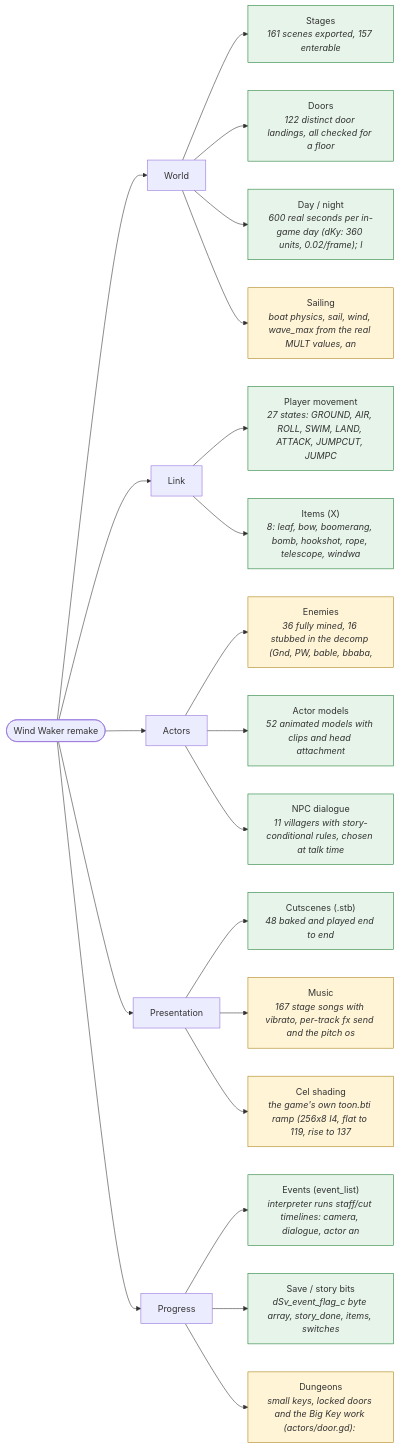
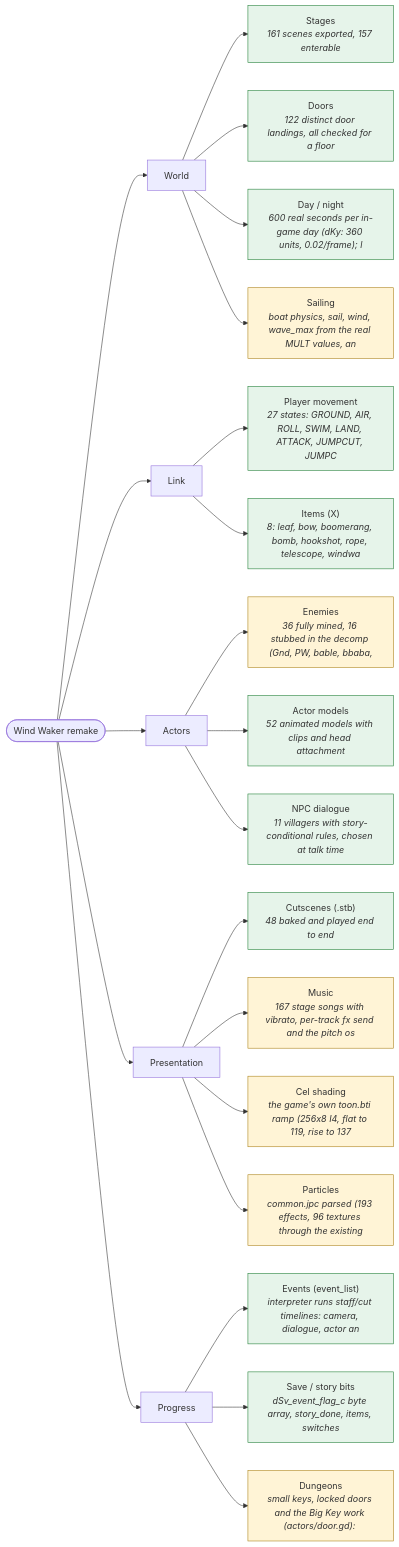
One commit to Felbs/3d-ripper-9000 changed the first of 2 diagrams in docs/game_map.md. Above: the diagram before and after it, drawn with Mermaid. The commit also changed other lines of this file and 6 other files, not shown here.

````diff
--- a/docs/game_map.md
+++ b/docs/game_map.md
@@ -12,42 +12,44 @@
 ```mermaid
 flowchart LR
     classDef ok fill:#e6f4ea,stroke:#1e7d34;
     classDef partial fill:#fff4d6,stroke:#a97f13;
     classDef missing fill:#fde7e7,stroke:#a51b1b;
     GAME(["Wind Waker remake"])
     GAME --> G0["World"]
     G0 --> G0_0["Stages<br/><i>161 scenes exported, 157 enterable</i>"]
     class G0_0 ok;
     G0 --> G0_1["Doors<br/><i>122 distinct door landings, all checked for a floor</i>"]
     class G0_1 ok;
     G0 --> G0_2["Day / night<br/><i>600 real seconds per in-game day (dKy: 360 units, 0.02/frame); l</i>"]
     class G0_2 ok;
     G0 --> G0_3["Sailing<br/><i>boat physics, sail, wind, wave_max from the real MULT values, an</i>"]
     class G0_3 partial;
     GAME --> G1["Link"]
     G1 --> G1_0["Player movement<br/><i>27 states: GROUND, AIR, ROLL, SWIM, LAND, ATTACK, JUMPCUT, JUMPC</i>"]
     class G1_0 ok;
     G1 --> G1_1["Items (X)<br/><i>8: leaf, bow, boomerang, bomb, hookshot, rope, telescope, windwa</i>"]
     class G1_1 ok;
     GAME --> G2["Actors"]
     G2 --> G2_0["Enemies<br/><i>36 fully mined, 16 stubbed in the decomp (Gnd, PW, bable, bbaba,</i>"]
     class G2_0 partial;
     G2 --> G2_1["Actor models<br/><i>52 animated models with clips and head attachment</i>"]
     class G2_1 ok;
     G2 --> G2_2["NPC dialogue<br/><i>11 villagers with story-conditional rules, chosen at talk time</i>"]
     class G2_2 ok;
     GAME --> G3["Presentation"]
     G3 --> G3_0["Cutscenes (.stb)<br/><i>48 baked and played end to end</i>"]
     class G3_0 ok;
     G3 --> G3_1["Music<br/><i>167 stage songs with vibrato, per-track fx send and the pitch os</i>"]
     class G3_1 partial;
     G3 --> G3_2["Cel shading<br/><i>the game's own toon.bti ramp (256x8 I4, flat to 119, rise to 137</i>"]
     class G3_2 partial;
+    G3 --> G3_3["Particles<br/><i>common.jpc parsed (193 effects, 96 textures through the existing</i>"]
+    class G3_3 partial;
     GAME --> G4["Progress"]
     G4 --> G4_0["Events (event_list)<br/><i>interpreter runs staff/cut timelines: camera, dialogue, actor an</i>"]
     class G4_0 ok;
     G4 --> G4_1["Save / story bits<br/><i>dSv_event_flag_c byte array, story_done, items, switches</i>"]
     class G4_1 ok;
     G4 --> G4_2["Dungeons<br/><i>small keys, locked doors and the Big Key work (actors/door.gd): </i>"]
     class G4_2 partial;
 ```
````
